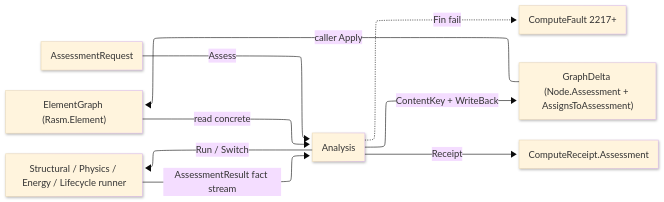
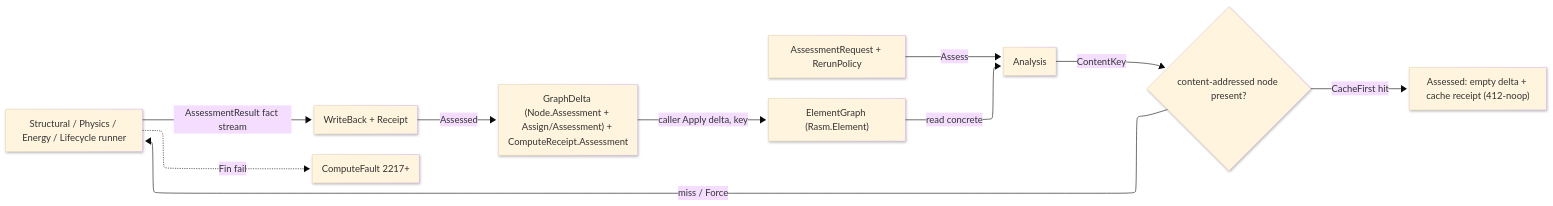
One commit to bsamiee/Rasm changed the diagram in libs/csharp/Rasm.Compute/.planning/Analysis/assessment.md. Above: the diagram before and after it, drawn with Mermaid. The commit also changed other lines of this file and 237 other files, not shown here.

First line of the commit message:
element-seam: harden Bim + Compute .planning + lib-wide reconcile/ripple

````diff
--- a/libs/csharp/Rasm.Compute/.planning/Analysis/assessment.md
+++ b/libs/csharp/Rasm.Compute/.planning/Analysis/assessment.md
@@ -186,19 +306,20 @@
 ```mermaid
 ---
 config:
   layout: elk
   look: neo
   theme: base
 ---
 flowchart LR
     accTitle: Rasm.Compute assessment rail
-    accDescr: A polymorphic assessment request routes over the seam discipline to a discipline runner that reads the concrete element graph, the runner folds its discipline-specific input into one uniform assessment-result fact stream, the spine content-keys the result on the input subgraph and route, and writes one assessment node back to the graph attached to every target through the assigns-to-assessment edge as a graph delta the caller applies.
-    AssessmentRequest["AssessmentRequest"] -->|Assess| Analysis["Analysis"]
+    accDescr: A polymorphic assessment request plus a rerun policy routes over the seam discipline to a discipline runner that reads the concrete element graph; the spine content-keys the input subgraph and route, returns a cache-first 412-noop when the content-addressed assessment node already exists, else the runner folds its discipline-specific input into one uniform assessment-result fact stream and the spine writes one content-addressed assessment node back to the graph attached to every target through the neutral assign edge with sub-kind assessment, returning one assessed value carrying the graph delta the caller applies and the compute-receipt the telemetry rail emits.
+    AssessmentRequest["AssessmentRequest + RerunPolicy"] -->|Assess| Analysis["Analysis"]
     ElementGraph["ElementGraph (Rasm.Element)"] -->|read concrete| Analysis
-    Analysis -->|Run / Switch| Runner["Structural / Physics / Energy / Lifecycle runner"]
-    Runner -->|AssessmentResult fact stream| Analysis
-    Analysis -.->|Fin fail| ComputeFault["ComputeFault 2217+"]
-    Analysis -->|ContentKey + WriteBack| GraphDelta["GraphDelta (Node.Assessment + AssignsToAssessment)"]
-    GraphDelta -->|caller Apply| ElementGraph
-    Analysis -->|Receipt| ComputeReceipt["ComputeReceipt.Assessment"]
+    Analysis -->|ContentKey| Dedup{"content-addressed node present?"}
+    Dedup -->|CacheFirst hit| Noop["Assessed: empty delta + cache receipt (412-noop)"]
+    Dedup -->|miss / Force| Runner["Structural / Physics / Energy / Lifecycle runner"]
+    Runner -->|AssessmentResult fact stream| WriteBack["WriteBack + Receipt"]
+    Runner -.->|Fin fail| ComputeFault["ComputeFault 2217+"]
+    WriteBack -->|Assessed| Out["GraphDelta (Node.Assessment + Assign/Assessment) + ComputeReceipt.Assessment"]
+    Out -->|caller Apply delta, key| ElementGraph
 ```
````
